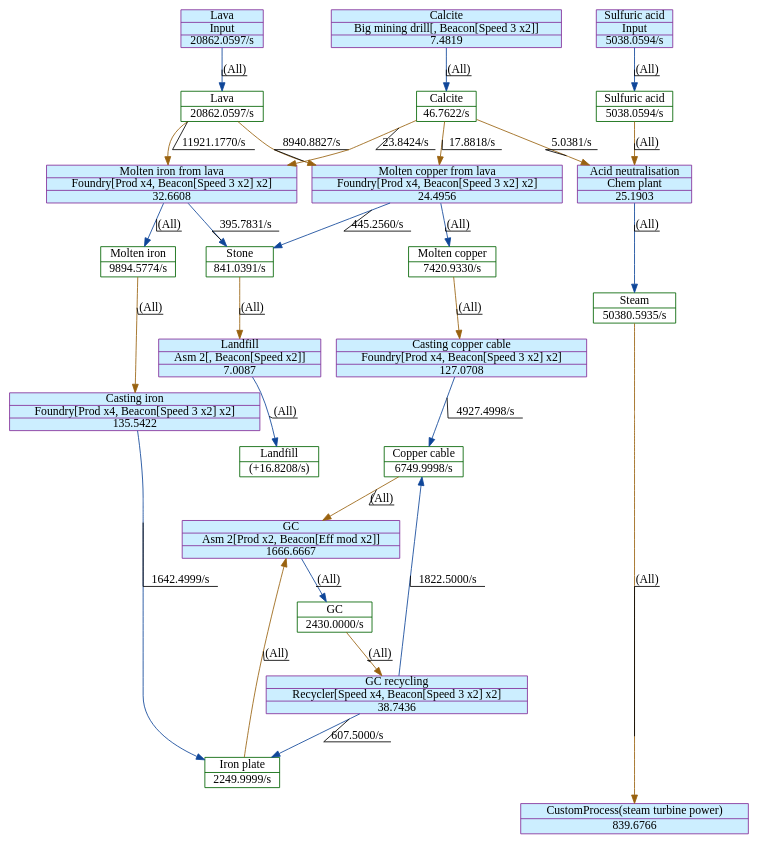
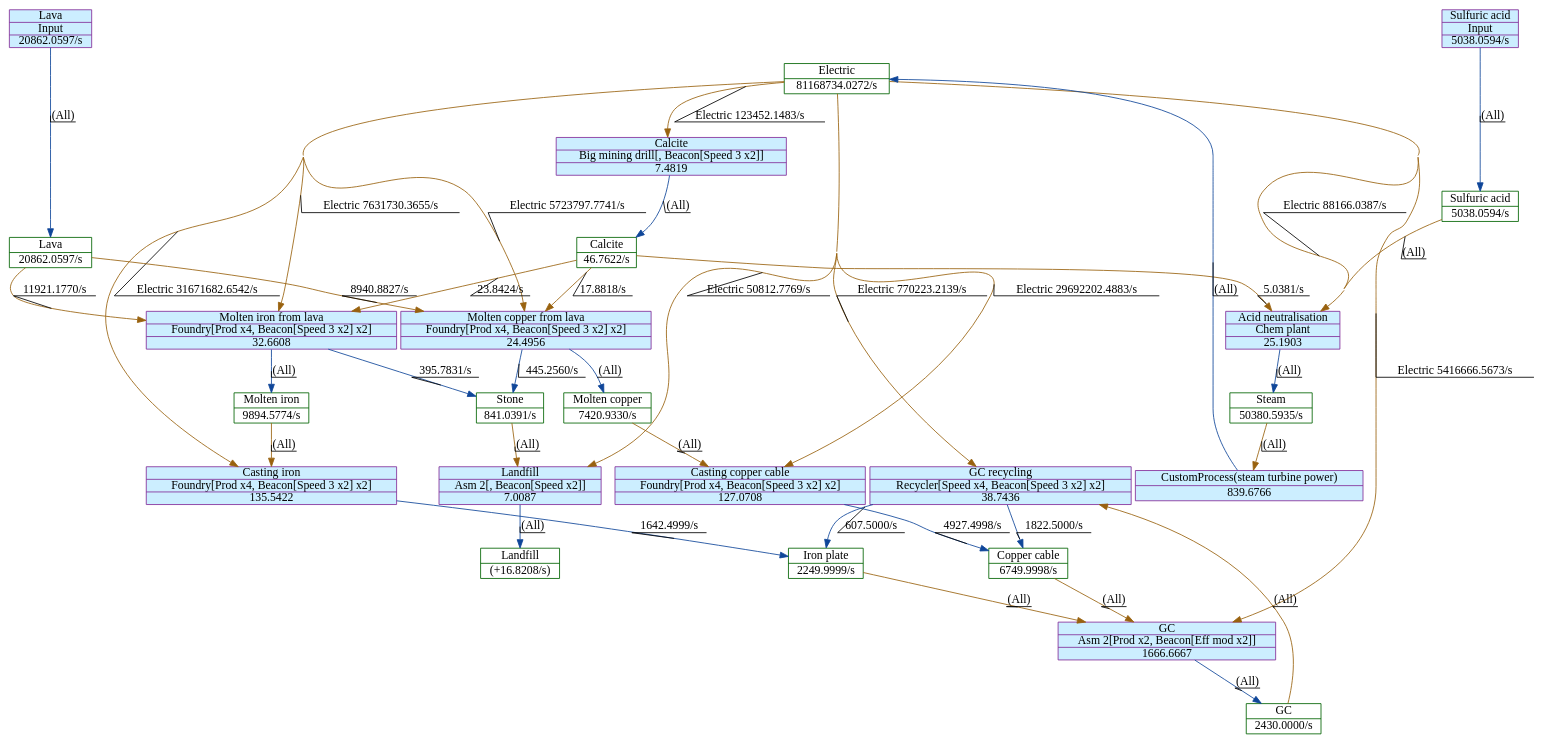
Before and after one commit to GlassBricks/factorio-analysis: the diagram in output/20MGC.dot, drawn with Graphviz. The commit also changed 46 other files, not shown here.

```diff
--- a/output/20MGC.dot
+++ b/output/20MGC.dot
@@ -1,77 +1,95 @@
 digraph {
     layout="dot"
     concentrate=true
     node [shape="record"; margin=0]
     edge [decorate=true]
-    0 [color="#006400"; label="{Lava|20862.0597/s}"]
-    1 [color="#006400"; label="{Landfill|(+16.8208/s)}"]
-    2 [color="#006400"; label="{Stone|841.0391/s}"]
-    3 [color="#006400"; label="{Steam|50380.5935/s}"]
-    4 [color="#006400"; label="{GC|2430.0000/s}"]
-    5 [color="#006400"; label="{Copper cable|6749.9998/s}"]
-    6 [color="#006400"; label="{Iron plate|2249.9999/s}"]
-    7 [color="#006400"; label="{Molten copper|7420.9330/s}"]
-    8 [color="#006400"; label="{Calcite|46.7622/s}"]
-    9 [color="#006400"; label="{Sulfuric acid|5038.0594/s}"]
-    10 [color="#006400"; label="{Molten iron|9894.5774/s}"]
-    11 [style="filled"; color="#842e99"; fillcolor="#cceeff"; label="{Lava|Input|20862.0597/s}"]
-    12 [style="filled"; color="#842e99"; fillcolor="#cceeff"; label="{Landfill|Asm 2[, Beacon[Speed x2]]|7.0087}"]
-    13 [style="filled"; color="#842e99"; fillcolor="#cceeff"; label="{CustomProcess(steam turbine power)|839.6766}"]
-    14 [style="filled"; color="#842e99"; fillcolor="#cceeff"; label="{GC recycling|Recycler[Speed x4, Beacon[Speed 3 x2] x2]|38.7436}"]
-    15 [style="filled"; color="#842e99"; fillcolor="#cceeff"; label="{Molten copper from lava|Foundry[Prod x4, Beacon[Speed 3 x2] x2]|24.4956}"]
-    16 [style="filled"; color="#842e99"; fillcolor="#cceeff"; label="{Sulfuric acid|Input|5038.0594/s}"]
-    17 [style="filled"; color="#842e99"; fillcolor="#cceeff"; label="{Casting copper cable|Foundry[Prod x4, Beacon[Speed 3 x2] x2]|127.0708}"]
-    18 [style="filled"; color="#842e99"; fillcolor="#cceeff"; label="{GC|Asm 2[Prod x2, Beacon[Eff mod x2]]|1666.6667}"]
-    19 [style="filled"; color="#842e99"; fillcolor="#cceeff"; label="{Casting iron|Foundry[Prod x4, Beacon[Speed 3 x2] x2]|135.5422}"]
+    0 [color="#006400"; label="{Electric|81168734.0272/s}"]
+    1 [color="#006400"; label="{Iron plate|2249.9999/s}"]
+    2 [color="#006400"; label="{Copper cable|6749.9998/s}"]
+    3 [color="#006400"; label="{GC|2430.0000/s}"]
+    4 [color="#006400"; label="{Lava|20862.0597/s}"]
+    5 [color="#006400"; label="{Molten iron|9894.5774/s}"]
+    6 [color="#006400"; label="{Calcite|46.7622/s}"]
+    7 [color="#006400"; label="{Stone|841.0391/s}"]
+    8 [color="#006400"; label="{Landfill|(+16.8208/s)}"]
+    9 [color="#006400"; label="{Steam|50380.5935/s}"]
+    10 [color="#006400"; label="{Sulfuric acid|5038.0594/s}"]
+    11 [color="#006400"; label="{Molten copper|7420.9330/s}"]
+    12 [style="filled"; color="#842e99"; fillcolor="#cceeff"; label="{GC recycling|Recycler[Speed x4, Beacon[Speed 3 x2] x2]|38.7436}"]
+    13 [style="filled"; color="#842e99"; fillcolor="#cceeff"; label="{Lava|Input|20862.0597/s}"]
+    14 [style="filled"; color="#842e99"; fillcolor="#cceeff"; label="{Casting iron|Foundry[Prod x4, Beacon[Speed 3 x2] x2]|135.5422}"]
+    15 [style="filled"; color="#842e99"; fillcolor="#cceeff"; label="{GC|Asm 2[Prod x2, Beacon[Eff mod x2]]|1666.6667}"]
+    16 [style="filled"; color="#842e99"; fillcolor="#cceeff"; label="{Calcite|Big mining drill[, Beacon[Speed 3 x2]]|7.4819}"]
+    17 [style="filled"; color="#842e99"; fillcolor="#cceeff"; label="{Landfill|Asm 2[, Beacon[Speed x2]]|7.0087}"]
+    18 [style="filled"; color="#842e99"; fillcolor="#cceeff"; label="{CustomProcess(steam turbine power)|839.6766}"]
+    19 [style="filled"; color="#842e99"; fillcolor="#cceeff"; label="{Sulfuric acid|Input|5038.0594/s}"]
     20 [style="filled"; color="#842e99"; fillcolor="#cceeff"; label="{Molten iron from lava|Foundry[Prod x4, Beacon[Speed 3 x2] x2]|32.6608}"]
-    21 [style="filled"; color="#842e99"; fillcolor="#cceeff"; label="{Acid neutralisation|Chem plant|25.1903}"]
-    22 [style="filled"; color="#842e99"; fillcolor="#cceeff"; label="{Calcite|Big mining drill[, Beacon[Speed 3 x2]]|7.4819}"]
-    0 -> 15 [color="#99620f"; label="8940.8827/s
+    21 [style="filled"; color="#842e99"; fillcolor="#cceeff"; label="{Casting copper cable|Foundry[Prod x4, Beacon[Speed 3 x2] x2]|127.0708}"]
+    22 [style="filled"; color="#842e99"; fillcolor="#cceeff"; label="{Molten copper from lava|Foundry[Prod x4, Beacon[Speed 3 x2] x2]|24.4956}"]
+    23 [style="filled"; color="#842e99"; fillcolor="#cceeff"; label="{Acid neutralisation|Chem plant|25.1903}"]
+    0 -> 12 [color="#99620f"; label="Electric	770223.2139/s
 "]
-    0 -> 20 [color="#99620f"; label="11921.1770/s
+    0 -> 14 [color="#99620f"; label="Electric	31671682.6542/s
 "]
-    2 -> 12 [color="#99620f"; label="(All)"]
-    3 -> 13 [color="#99620f"; label="(All)"]
-    4 -> 14 [color="#99620f"; label="(All)"]
-    5 -> 18 [color="#99620f"; label="(All)"]
-    6 -> 18 [color="#99620f"; label="(All)"]
+    0 -> 15 [color="#99620f"; label="Electric	5416666.5673/s
+"]
+    0 -> 16 [color="#99620f"; label="Electric	123452.1483/s
+"]
+    0 -> 17 [color="#99620f"; label="Electric	50812.7769/s
+"]
+    0 -> 20 [color="#99620f"; label="Electric	7631730.3655/s
+"]
+    0 -> 21 [color="#99620f"; label="Electric	29692202.4883/s
+"]
+    0 -> 22 [color="#99620f"; label="Electric	5723797.7741/s
+"]
+    0 -> 23 [color="#99620f"; label="Electric	88166.0387/s
+"]
+    1 -> 15 [color="#99620f"; label="(All)"]
+    2 -> 15 [color="#99620f"; label="(All)"]
+    3 -> 12 [color="#99620f"; label="(All)"]
+    4 -> 20 [color="#99620f"; label="11921.1770/s
+"]
+    4 -> 22 [color="#99620f"; label="8940.8827/s
+"]
+    5 -> 14 [color="#99620f"; label="(All)"]
+    6 -> 20 [color="#99620f"; label="23.8424/s
+"]
+    6 -> 22 [color="#99620f"; label="17.8818/s
+"]
+    6 -> 23 [color="#99620f"; label="5.0381/s
+"]
     7 -> 17 [color="#99620f"; label="(All)"]
-    8 -> 15 [color="#99620f"; label="17.8818/s
+    9 -> 18 [color="#99620f"; label="(All)"]
+    10 -> 23 [color="#99620f"; label="(All)"]
+    11 -> 21 [color="#99620f"; label="(All)"]
+    12 -> 1 [color="#0f4699"; label="607.5000/s
 "]
-    8 -> 20 [color="#99620f"; label="23.8424/s
+    12 -> 2 [color="#0f4699"; label="1822.5000/s
 "]
-    8 -> 21 [color="#99620f"; label="5.0381/s
+    13 -> 4 [color="#0f4699"; label="(All)"]
+    14 -> 1 [color="#0f4699"; label="1642.4999/s
 "]
-    9 -> 21 [color="#99620f"; label="(All)"]
-    10 -> 19 [color="#99620f"; label="(All)"]
-    11 -> 0 [color="#0f4699"; label="(All)"]
-    12 -> 1 [color="#0f4699"; label="(All)"]
-    14 -> 5 [color="#0f4699"; label="1822.5000/s
+    15 -> 3 [color="#0f4699"; label="(All)"]
+    16 -> 6 [color="#0f4699"; label="(All)"]
+    17 -> 8 [color="#0f4699"; label="(All)"]
+    18 -> 0 [color="#0f4699"; label="(All)"]
+    19 -> 10 [color="#0f4699"; label="(All)"]
+    20 -> 7 [color="#0f4699"; label="395.7831/s
 "]
-    14 -> 6 [color="#0f4699"; label="607.5000/s
+    20 -> 5 [color="#0f4699"; label="(All)"]
+    21 -> 2 [color="#0f4699"; label="4927.4998/s
 "]
-    15 -> 7 [color="#0f4699"; label="(All)"]
-    15 -> 2 [color="#0f4699"; label="445.2560/s
+    22 -> 7 [color="#0f4699"; label="445.2560/s
 "]
-    16 -> 9 [color="#0f4699"; label="(All)"]
-    17 -> 5 [color="#0f4699"; label="4927.4998/s
-"]
-    18 -> 4 [color="#0f4699"; label="(All)"]
-    19 -> 6 [color="#0f4699"; label="1642.4999/s
-"]
-    20 -> 2 [color="#0f4699"; label="395.7831/s
-"]
-    20 -> 10 [color="#0f4699"; label="(All)"]
-    21 -> 3 [color="#0f4699"; label="(All)"]
-    22 -> 8 [color="#0f4699"; label="(All)"]
+    22 -> 11 [color="#0f4699"; label="(All)"]
+    23 -> 9 [color="#0f4699"; label="(All)"]
     subgraph {
         rank="source"
-        11
-        16
-        22
+        13
+        19
     }
     subgraph {
         rank="sink"
-        13
     }
 }
```
